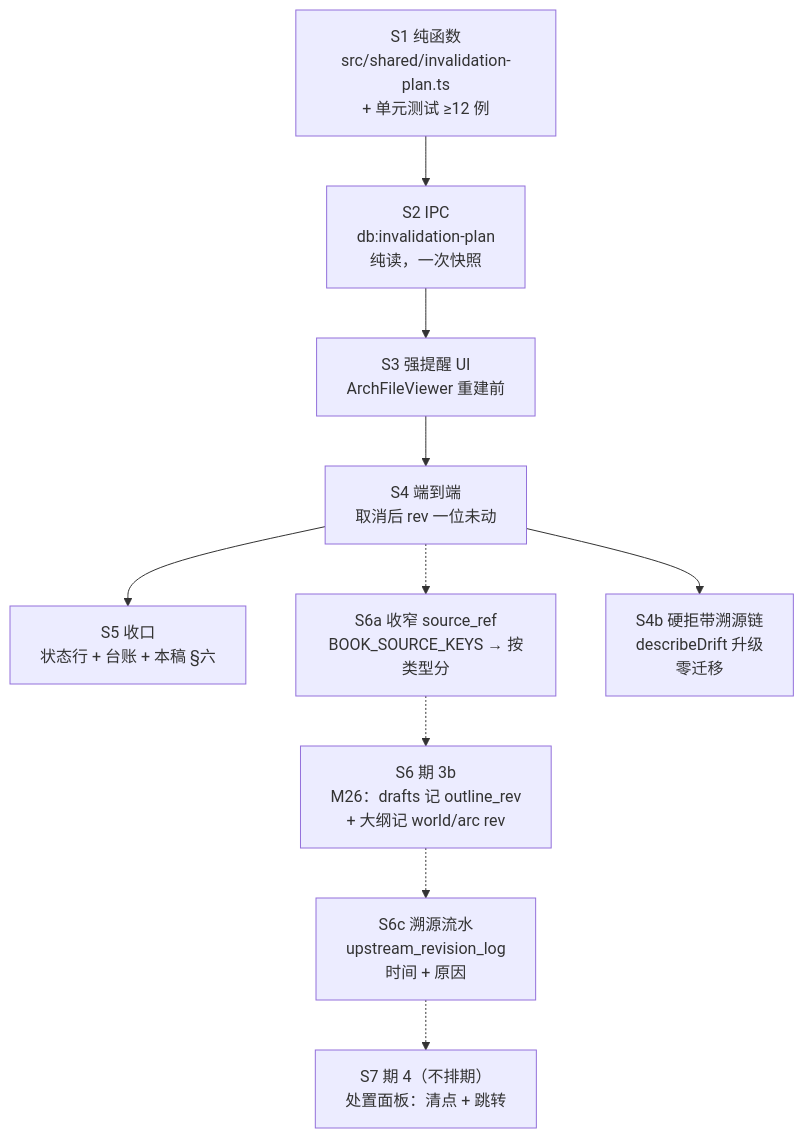
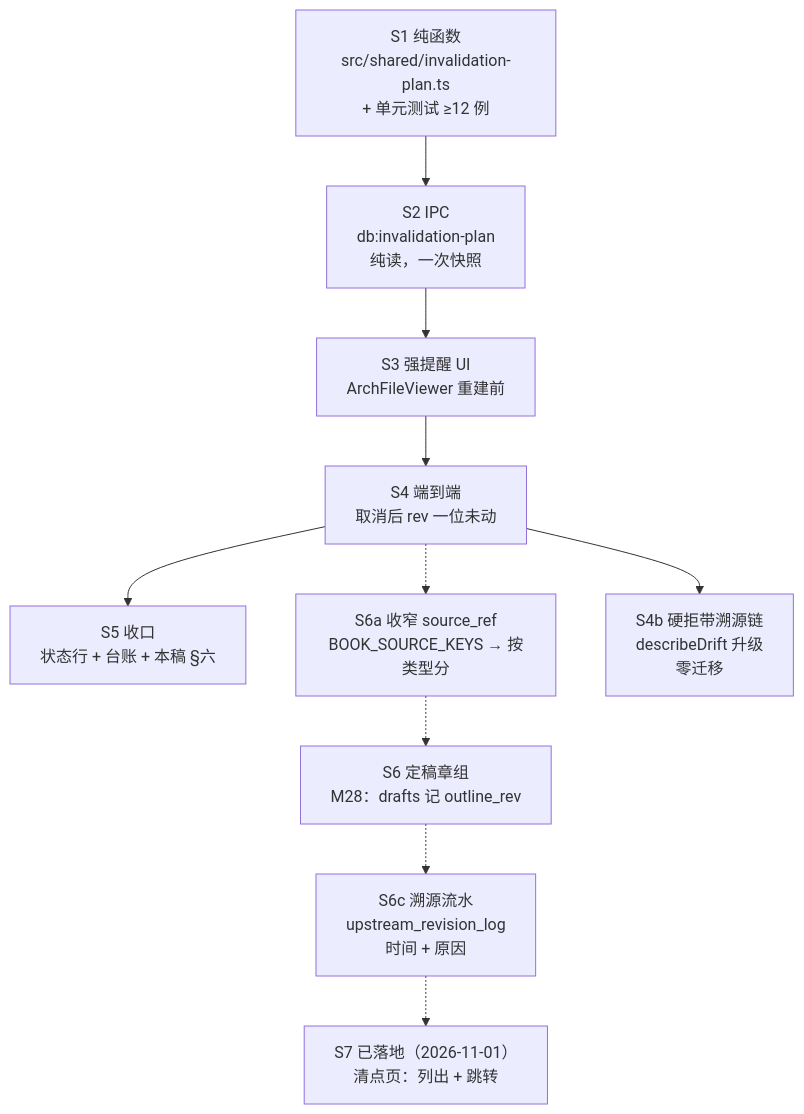
One commit to byfbaish/AI-Novel-Writer changed the diagram in docs/design/architecture/upstream-invalidation-phase3-plan-and-ui.md. Above: the diagram before and after it, drawn with Mermaid. The commit also changed other lines of this file and 18 other files, not shown here.

````diff
--- a/docs/design/architecture/upstream-invalidation-phase3-plan-and-ui.md
+++ b/docs/design/architecture/upstream-invalidation-phase3-plan-and-ui.md
@@ -94,16 +94,16 @@
 ```mermaid
 flowchart TD
   S1["S1 纯函数<br/>src/shared/invalidation-plan.ts<br/>+ 单元测试 ≥12 例"]
   S2["S2 IPC<br/>db:invalidation-plan<br/>纯读，一次快照"]
   S3["S3 强提醒 UI<br/>ArchFileViewer 重建前"]
   S4["S4 端到端<br/>取消后 rev 一位未动"]
   S5["S5 收口<br/>状态行 + 台账 + 本稿 §六"]
   S1 --> S2 --> S3 --> S4 --> S5
   S6a["S6a 收窄 source_ref<br/>BOOK_SOURCE_KEYS → 按类型分"]
-  S6["S6 期 3b<br/>M26：drafts 记 outline_rev<br/>+ 大纲记 world/arc rev"]
+  S6["S6 定稿章组<br/>M28：drafts 记 outline_rev"]
   S6c["S6c 溯源流水<br/>upstream_revision_log<br/>时间 + 原因"]
-  S7["S7 期 4（不排期）<br/>处置面板：清点 + 跳转"]
+  S7["S7 已落地（2026-11-01）<br/>清点页：列出 + 跳转"]
   S4b["S4b 硬拒带溯源链<br/>describeDrift 升级<br/>零迁移"]
   S4 --> S4b
   S4 -.-> S6a -.-> S6 -.-> S6c -.-> S7
 ```
````
